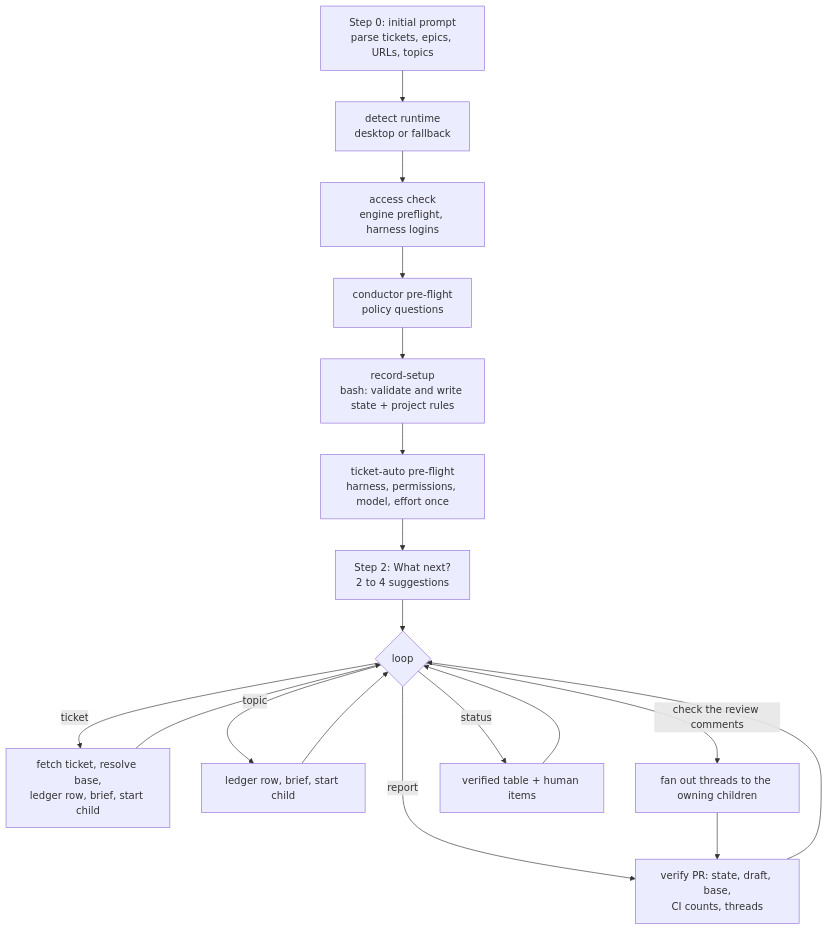
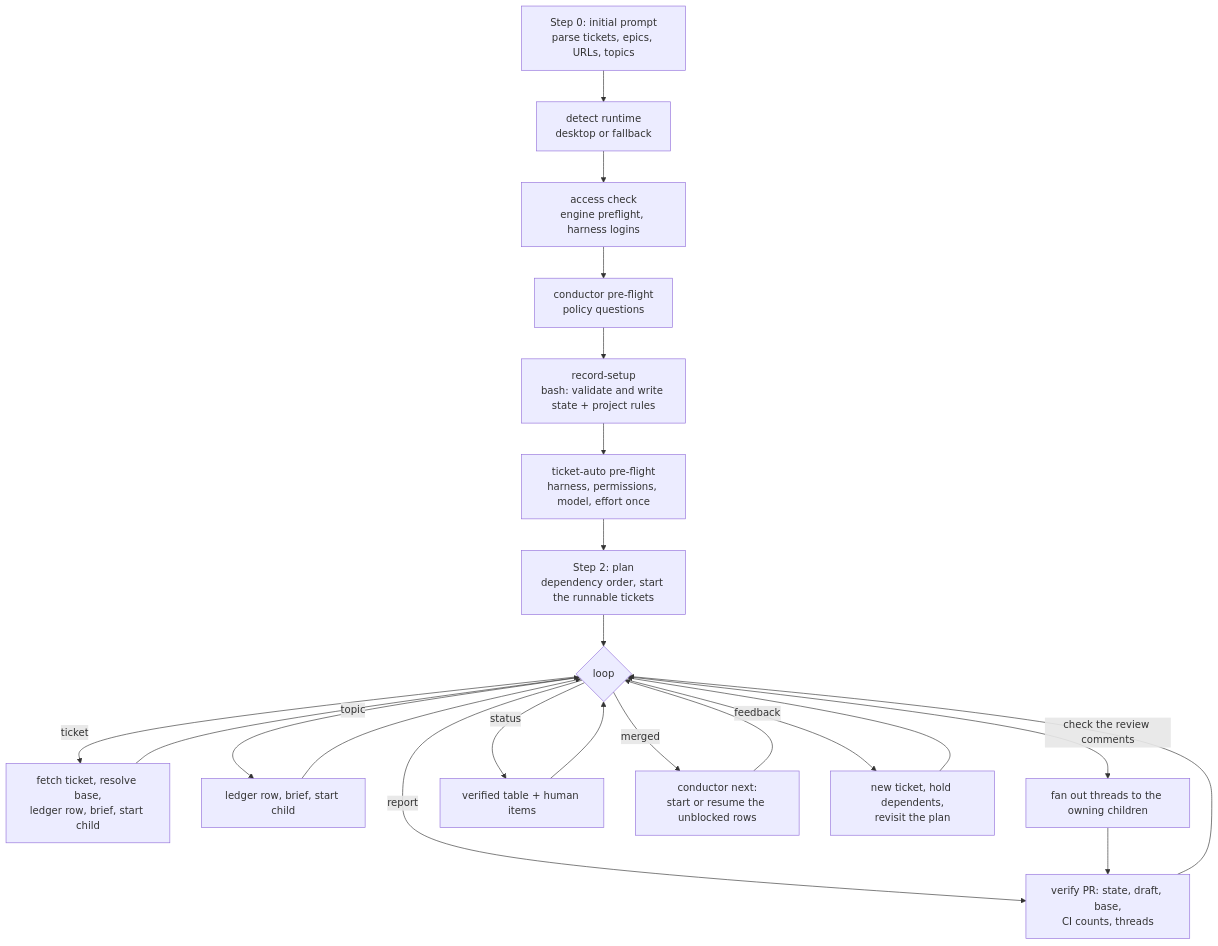
Before and after one commit to e1024kb/wise-claude: the diagram in plugins/wise/workflows/conductor/README.md, drawn with Mermaid. The commit also changed other lines of this file and 8 other files, not shown here.

````diff
--- a/plugins/wise/workflows/conductor/README.md
+++ b/plugins/wise/workflows/conductor/README.md
@@ -70,20 +75,24 @@
 ```mermaid
 flowchart TD
     P[Step 0: initial prompt<br/>parse tickets, epics, URLs, topics] --> M[detect runtime<br/>desktop or fallback]
     M --> A[access check<br/>engine preflight, harness logins]
     A --> S1[conductor pre-flight<br/>policy questions]
     S1 --> R[record-setup<br/>bash: validate and write state + project rules]
     R --> S2[ticket-auto pre-flight<br/>harness, permissions, model, effort once]
-    S2 --> N[Step 2: What next?<br/>2 to 4 suggestions]
+    S2 --> N[Step 2: plan<br/>dependency order, start the runnable tickets]
     N --> L{loop}
     L -->|ticket| T[fetch ticket, resolve base,<br/>ledger row, brief, start child]
     L -->|topic| O[ledger row, brief, start child]
     L -->|report| V[verify PR: state, draft, base,<br/>CI counts, threads]
     L -->|check the review comments| F[fan out threads to the owning children]
     L -->|status| ST[verified table + human items]
+    L -->|merged| NX[conductor next:<br/>start or resume the unblocked rows]
+    L -->|feedback| RP[new ticket, hold dependents,<br/>revisit the plan]
+    NX --> L
+    RP --> L
     T --> L
     O --> L
     V --> L
     F --> V
     ST --> L
 ```
````
